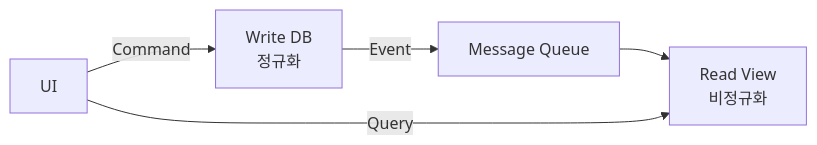
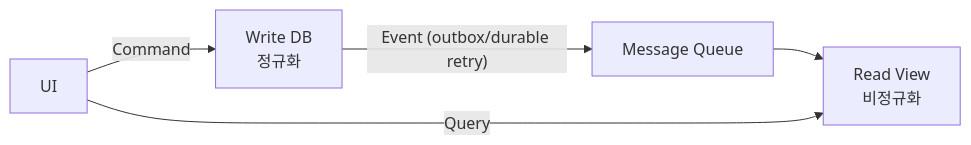
One commit to Rein-ArXiv/game-dev-curriculum changed the fifth of 9 diagrams in live_service/part09_game_server_fleet.md. Above: the diagram before and after it, drawn with Mermaid. The commit also changed other lines of this file and 279 other files, not shown here.

````diff
--- a/live_service/part09_game_server_fleet.md
+++ b/live_service/part09_game_server_fleet.md
@@ -306,7 +309,7 @@
 ```mermaid
 flowchart LR
     UI -->|Command| W[Write DB<br/>정규화]
-    W -->|Event| MQ[Message Queue]
+    W -->|"Event (outbox/durable retry)"| MQ[Message Queue]
     MQ --> ReadModel[Read View<br/>비정규화]
     UI -->|Query| ReadModel
 ```
````
